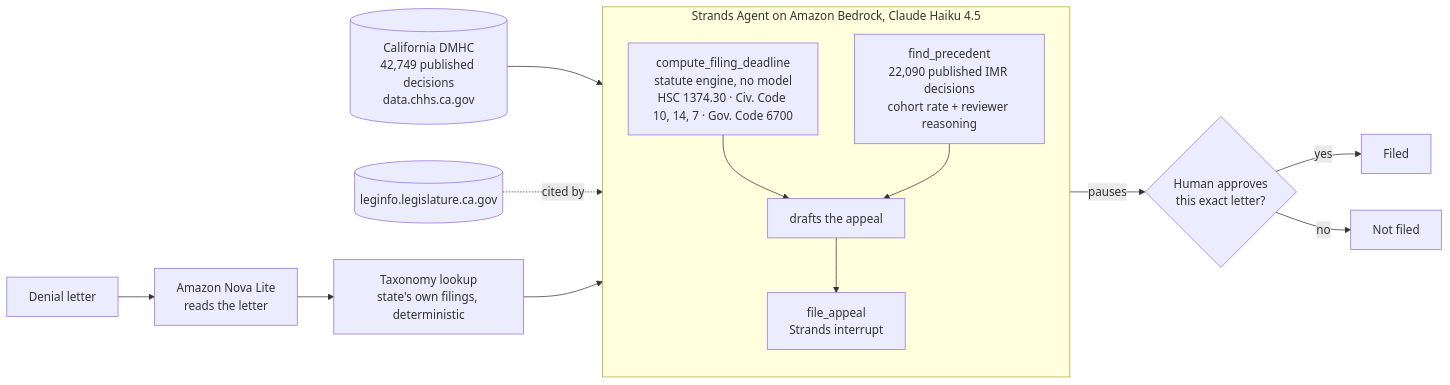
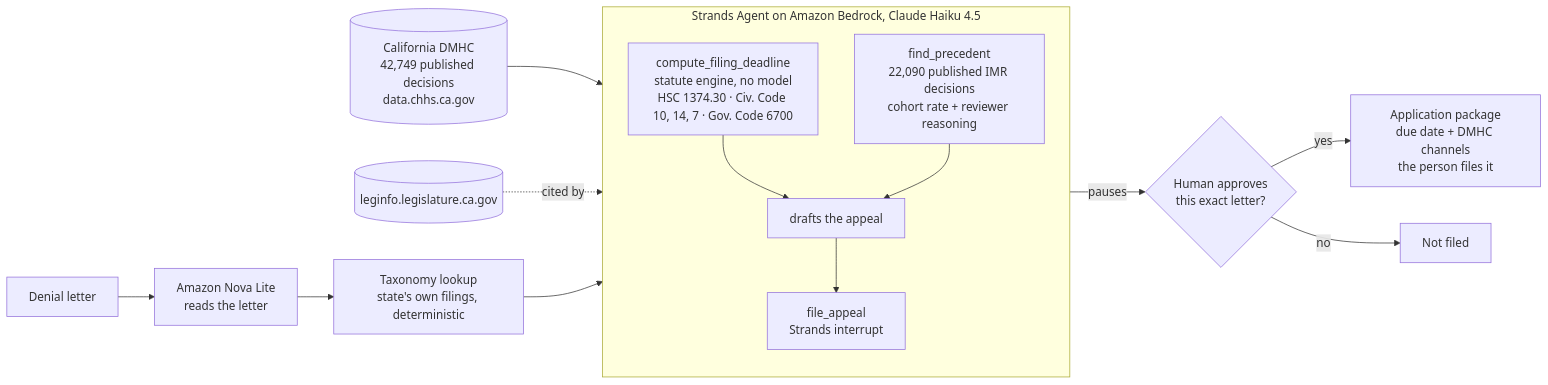
Before and after one commit to JonathanSolvesProblems/daythirty: the diagram in README.md, drawn with Mermaid. The commit also changed other lines of this file and 23 other files, not shown here.

Commit message:
Approval hands over the application package; nothing claims a filing DMHC has no API for

````diff
--- a/README.md
+++ b/README.md
@@ -18,24 +18,24 @@
 ```mermaid
 flowchart LR
     L[Denial letter] --> N[Amazon Nova Lite<br/>reads the letter]
     N --> T[Taxonomy lookup<br/>state's own filings, deterministic]
     T --> A
 
     subgraph A[Strands Agent on Amazon Bedrock, Claude Haiku 4.5]
         direction TB
         D[compute_filing_deadline<br/>statute engine, no model<br/>HSC 1374.30 · Civ. Code 10, 14, 7 · Gov. Code 6700]
         P[find_precedent<br/>22,090 published IMR decisions<br/>cohort rate + reviewer reasoning]
         W[drafts the appeal]
         F[file_appeal<br/>Strands interrupt]
         D --> W
         P --> W
         W --> F
     end
 
     F -->|pauses| H{Human approves<br/>this exact letter?}
-    H -->|yes| OK[Filed]
+    H -->|yes| OK[Application package<br/>due date + DMHC channels<br/>the person files it]
     H -->|no| NO[Not filed]
 
     C[(California DMHC<br/>42,749 published decisions<br/>data.chhs.ca.gov)] --> P
     S[(leginfo.legislature.ca.gov)] -.cited by.-> D
 ```
````
